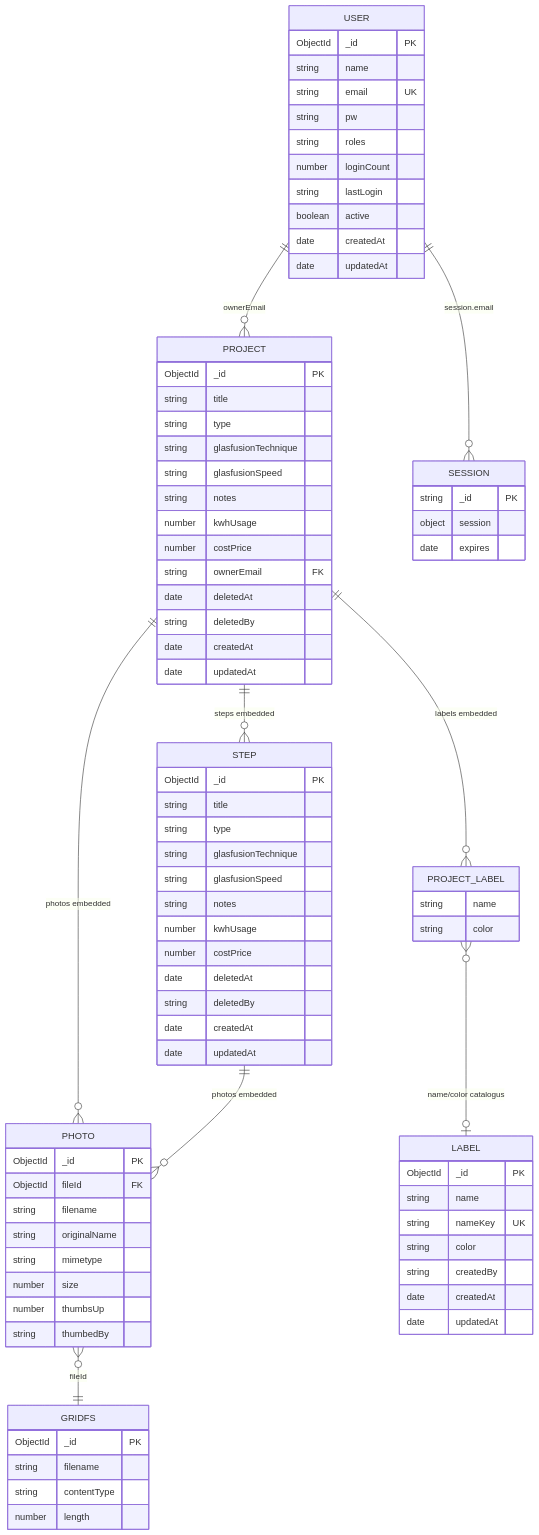
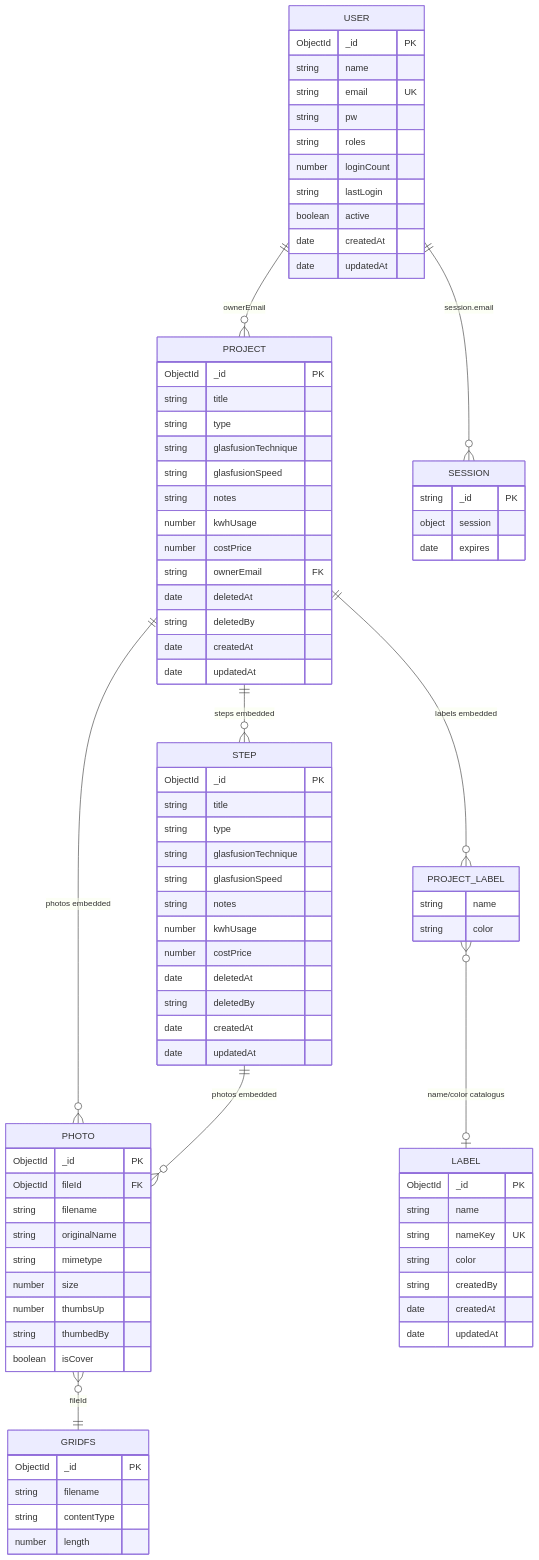
One commit to johnverberne/projects-captainjohn changed the diagram in docs/DATABASE.md. Above: the diagram before and after it, drawn with Mermaid. The commit also changed other lines of this file and 11 other files, not shown here.

```diff
--- a/docs/DATABASE.md
+++ b/docs/DATABASE.md
@@ -70,6 +70,7 @@
     number size
     number thumbsUp
     string thumbedBy
+    boolean isCover
   }
 
   LABEL {
```
